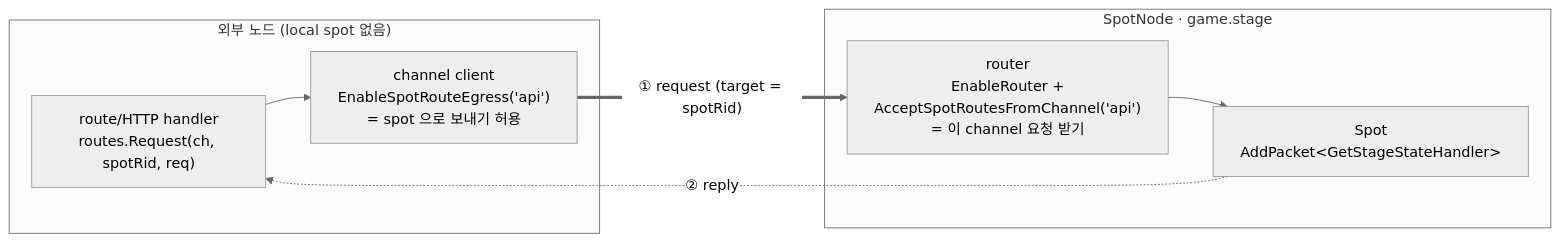
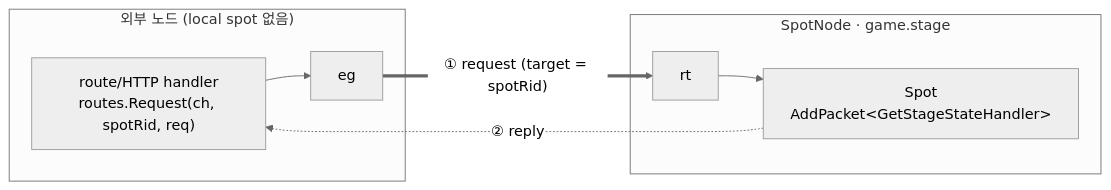
The ninth of 9 diagrams in framework/doc/framework/dotnet/guide/05-spot.ko.md (kairos-code-dev/zlink), drawn with Mermaid (neutral theme) before and after one commit. The commit also changed other lines of this file and 410 other files, not shown here.

Commit message:
refactor(framework): make spot channel wiring implicit

````diff
--- a/framework/doc/framework/dotnet/guide/05-spot.ko.md
+++ b/framework/doc/framework/dotnet/guide/05-spot.ko.md
@@ -757,15 +736,13 @@
 ```mermaid
 flowchart LR
   subgraph ext["외부 노드 (local spot 없음)"]
     h["route/HTTP handler<br/>routes.Request(ch, spotRid, req)"]
-    eg["channel client<br/>EnableSpotRouteEgress('api')<br/>= spot 으로 보내기 허용"]
     h --> eg
   end
   subgraph sn["SpotNode · game.stage"]
-    rt["router<br/>EnableRouter +<br/>AcceptSpotRoutesFromChannel('api')<br/>= 이 channel 요청 받기"]
     sp["Spot<br/>AddPacket&lt;GetStageStateHandler&gt;"]
     rt --> sp
   end
   eg ==>|"① request (target = spotRid)"| rt
   sp -.->|"② reply"| h
 ```
````
